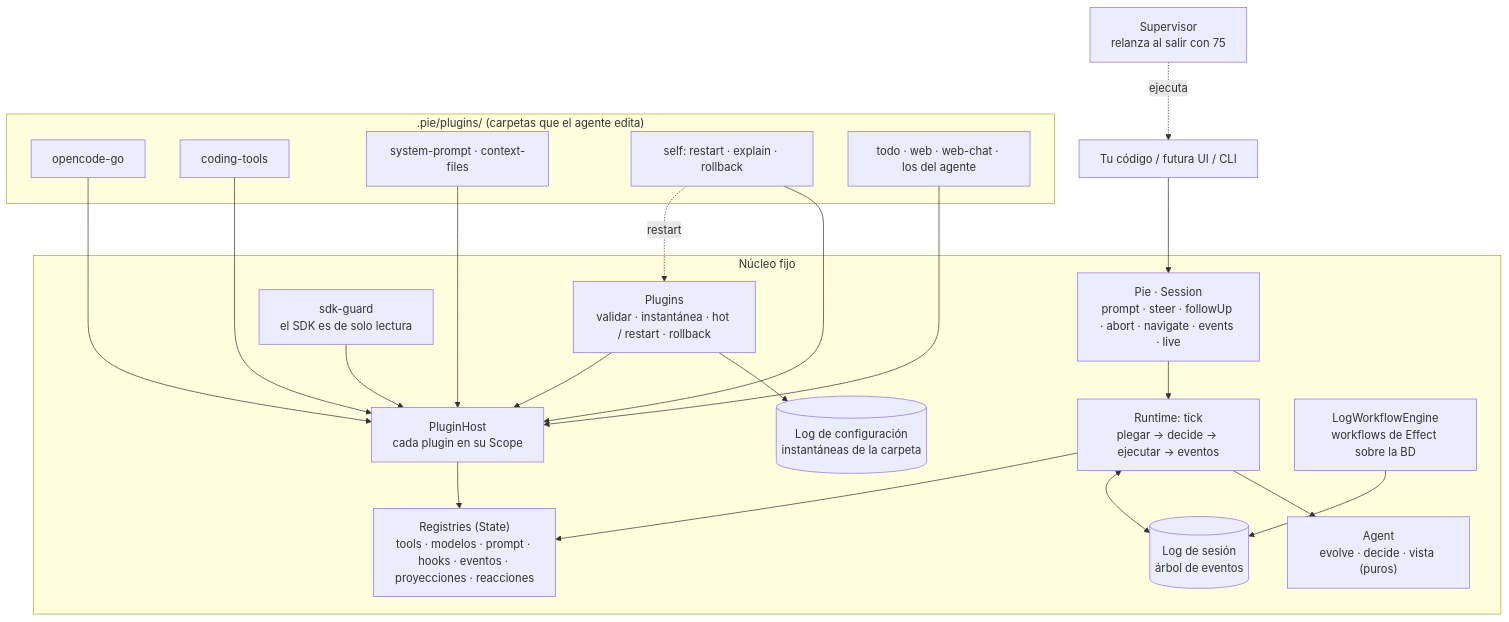
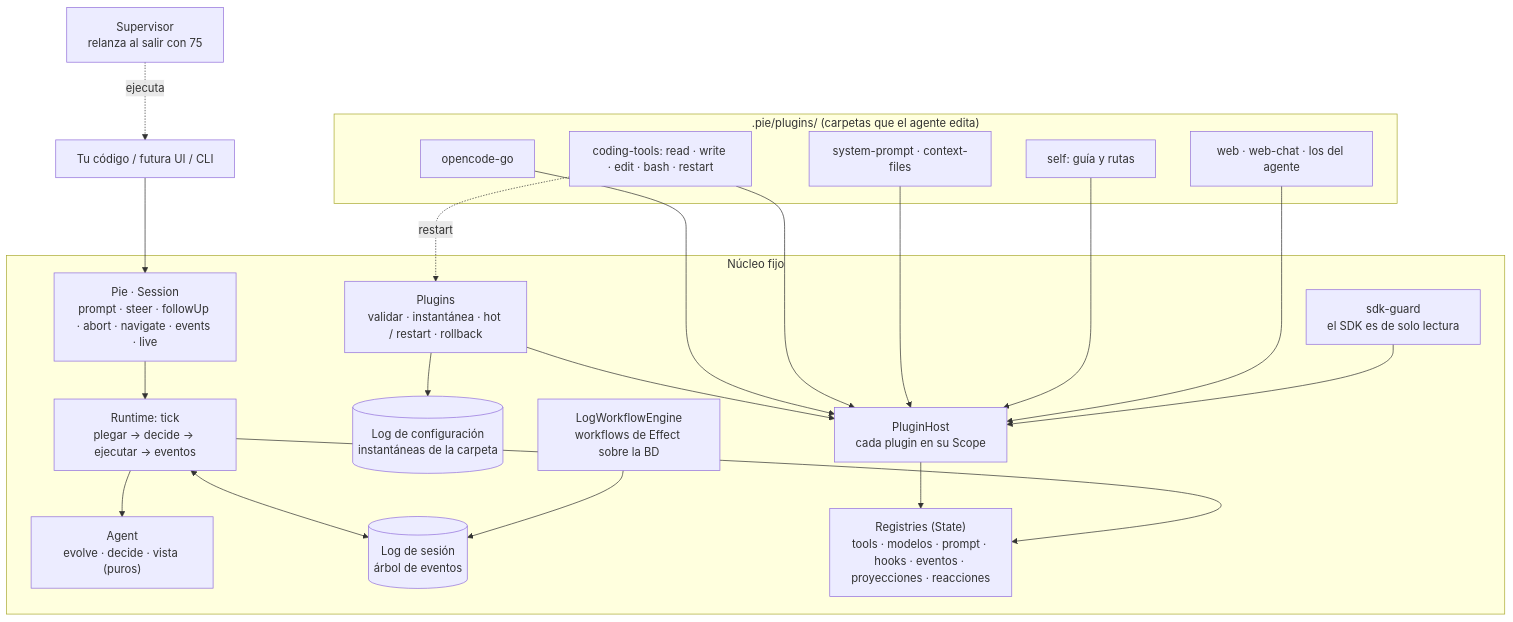
One commit to JavierDeDiegoGuzman/pie changed the diagram in docs/diagramas/capas.mmd. Above: the diagram before and after it, drawn with Mermaid. The commit also changed 14 other files, not shown here.

First line of the commit message:
feat: the model gets pi's tools plus restart; self-modification through docs and the pie CLI

```diff
--- a/docs/diagramas/capas.mmd
+++ b/docs/diagramas/capas.mmd
@@ -1,33 +1,33 @@
 flowchart TB
   host["Tu código / futura UI / CLI"]
   sup["Supervisor<br/>relanza al salir con 75"]
   subgraph CORE["Núcleo fijo"]
     api["Pie · Session<br/>prompt · steer · followUp · abort · navigate · events · live"]
     rt["Runtime: tick<br/>plegar → decide → ejecutar → eventos"]
     agent["Agent<br/>evolve · decide · vista (puros)"]
     log[("Log de sesión<br/>árbol de eventos")]
     cfg[("Log de configuración<br/>instantáneas de la carpeta")]
     mgr["Plugins<br/>validar · instantánea · hot / restart · rollback"]
     guard["sdk-guard<br/>el SDK es de solo lectura"]
     reg["Registries (State)<br/>tools · modelos · prompt · hooks · eventos · proyecciones · reacciones"]
     host2["PluginHost<br/>cada plugin en su Scope"]
     wf["LogWorkflowEngine<br/>workflows de Effect sobre la BD"]
   end
   subgraph PLUGINS[".pie/plugins/ (carpetas que el agente edita)"]
     p1["opencode-go"]
-    p2["coding-tools"]
+    p2["coding-tools: read · write · edit · bash · restart"]
     p3["system-prompt · context-files"]
-    p4["self: restart · explain · rollback"]
-    p5["todo · web · web-chat · los del agente"]
+    p4["self: guía y rutas"]
+    p5["web · web-chat · los del agente"]
   end
   host --> api --> rt
   sup -. ejecuta .-> host
   rt --> agent
   rt <--> log
   mgr --> cfg
   mgr --> host2 --> reg
   rt --> reg
   p1 & p2 & p3 & p4 & p5 --> host2
-  p4 -. restart .-> mgr
+  p2 -. restart .-> mgr
   guard --> host2
   wf --> log
```
